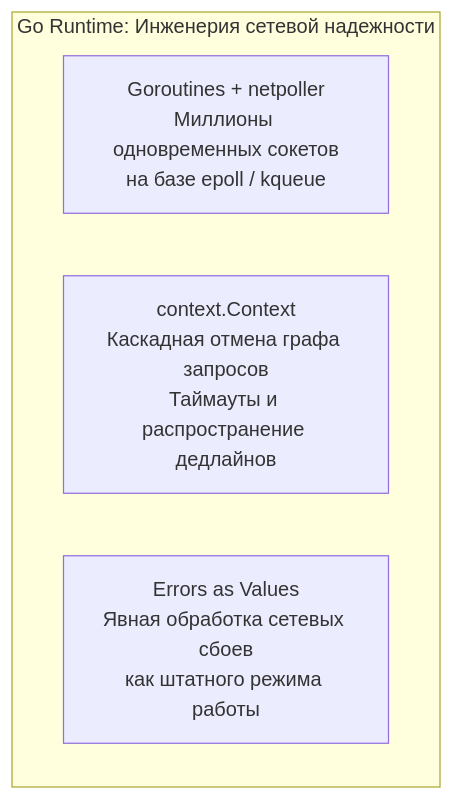
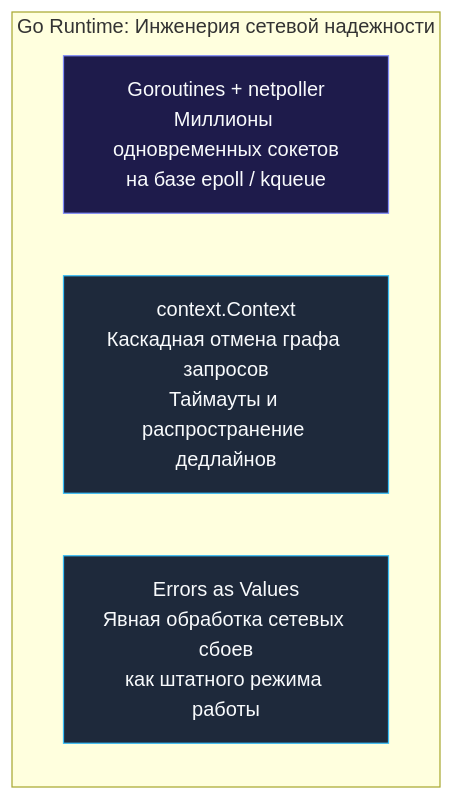
One commit to UnrealTemplier/go-textbook changed the third of 3 diagrams in sources/14. Распределенные системы на Go/01. Основы/1. Обзор раздела. Почему распределенные системы сложны.md. Above: the diagram before and after it, drawn with Mermaid. The commit also changed other lines of this file and 1666 other files, not shown here.

First line of the commit message:
feat(mermaid): add semantic color classDef to 1369 colorless flowchart/graph diagrams

````diff
--- a/sources/14. Распределенные системы на Go/01. Основы/1. Обзор раздела. Почему распределенные системы сложны.md
+++ b/sources/14. Распределенные системы на Go/01. Основы/1. Обзор раздела. Почему распределенные системы сложны.md
@@ -142,8 +162,18 @@
 ```mermaid
 flowchart TD
+    classDef process  fill:#1e293b,stroke:#38bdf8,stroke-width:1px,color:#f8fafc
+    classDef success  fill:#064e3b,stroke:#34d399,stroke-width:1px,color:#f8fafc
+    classDef error    fill:#7f1d1d,stroke:#f87171,stroke-width:1px,color:#f8fafc
+    classDef warning  fill:#78350f,stroke:#fbbf24,stroke-width:1px,color:#f8fafc
+    classDef entry    fill:#1e3a5f,stroke:#38bdf8,stroke-width:2px,color:#f8fafc
+    classDef aux      fill:#334155,stroke:#64748b,stroke-width:1px,color:#f8fafc
+    classDef system   fill:#312e81,stroke:#a78bfa,stroke-width:1px,color:#f8fafc
+    classDef data     fill:#132d29,stroke:#2dd4bf,stroke-width:1px,color:#f8fafc
+    classDef network  fill:#881337,stroke:#fb7185,stroke-width:1px,color:#f8fafc
+    classDef accent   fill:#1e1b4b,stroke:#818cf8,stroke-width:1px,color:#f8fafc
     subgraph "Go Runtime: Инженерия сетевой надежности"
-        G1["Goroutines + netpoller<br>Миллионы одновременных сокетов<br>на базе epoll / kqueue"]
-        G2["context.Context<br>Каскадная отмена графа запросов<br>Таймауты и распространение дедлайнов"]
-        G3["Errors as Values<br>Явная обработка сетевых сбоев<br>как штатного режима работы"]
+        G1["Goroutines + netpoller<br>Миллионы одновременных сокетов<br>на базе epoll / kqueue"]:::accent
+        G2["context.Context<br>Каскадная отмена графа запросов<br>Таймауты и распространение дедлайнов"]:::process
+        G3["Errors as Values<br>Явная обработка сетевых сбоев<br>как штатного режима работы"]:::process
     end
 ```
````
